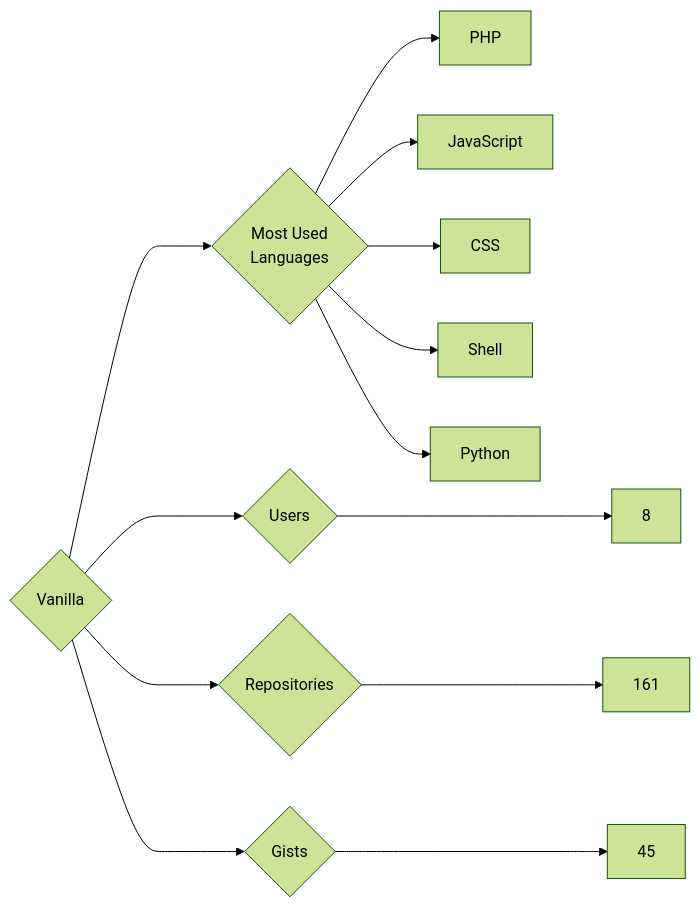
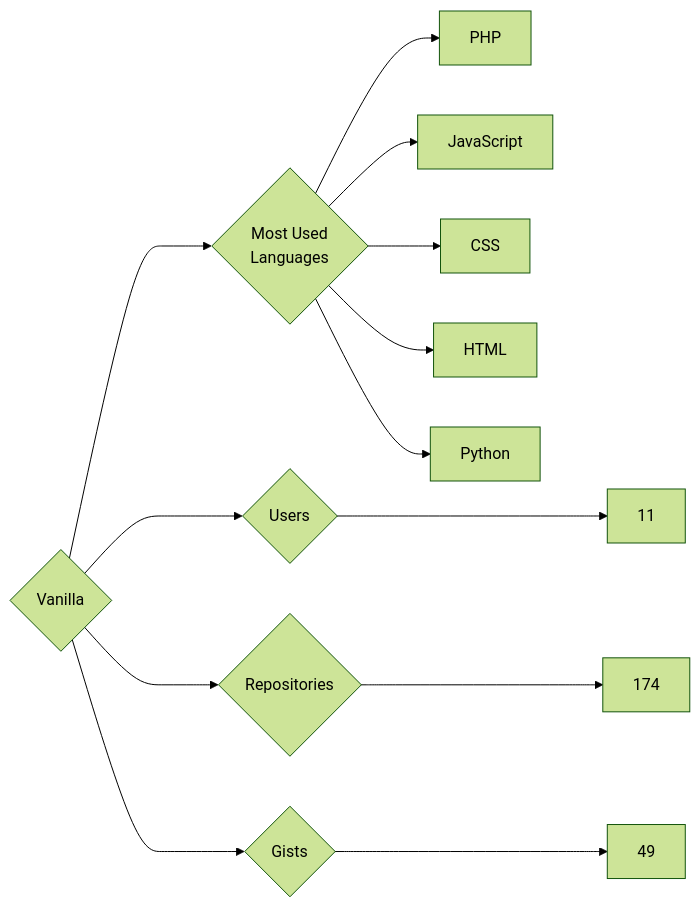
The diagram in targets/Vanilla/README.md (trickest/insiders), drawn with Mermaid (forest theme) before and after one commit. The commit also changed 965 other files, not shown here.

````diff
--- a/targets/Vanilla/README.md
+++ b/targets/Vanilla/README.md
@@ -3,13 +3,13 @@
 ```mermaid
 graph LR
 COMPANY_NAME{Vanilla}
-COMPANY_NAME ---> U{Users} ---> UN[8]
-COMPANY_NAME ---> R{Repositories} ---> RN[161]
-COMPANY_NAME ---> G{Gists} ---> GN[45]
+COMPANY_NAME ---> U{Users} ---> UN[11]
+COMPANY_NAME ---> R{Repositories} ---> RN[174]
+COMPANY_NAME ---> G{Gists} ---> GN[49]
 COMPANY_NAME ---> ML{Most Used<br>Languages}
 ML --> PHP[PHP]
 ML --> JavaScript[JavaScript]
 ML --> CSS[CSS]
-ML --> Shell[Shell]
+ML --> HTML[HTML]
 ML --> Python[Python]
 ```
````
